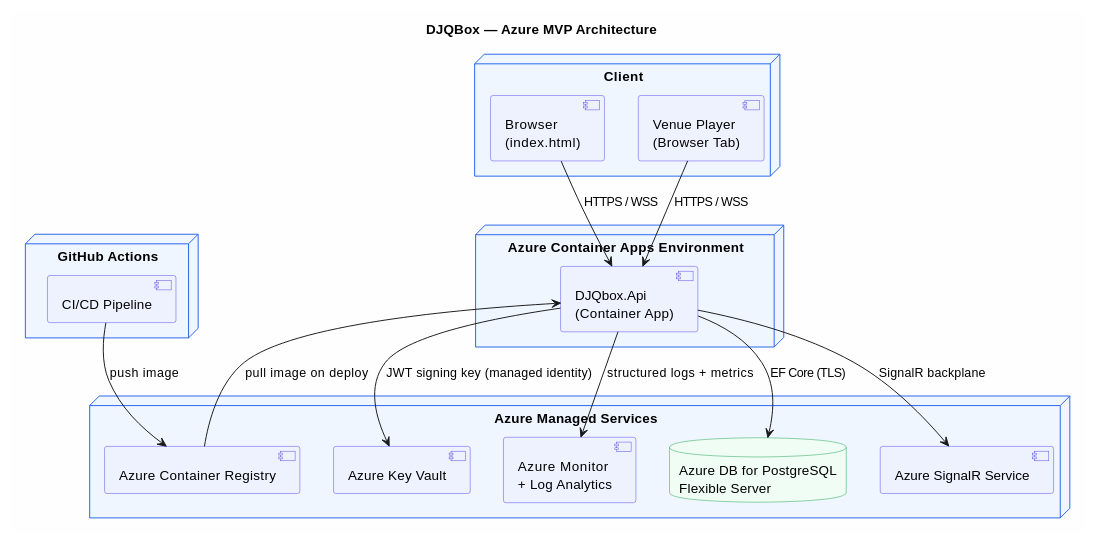
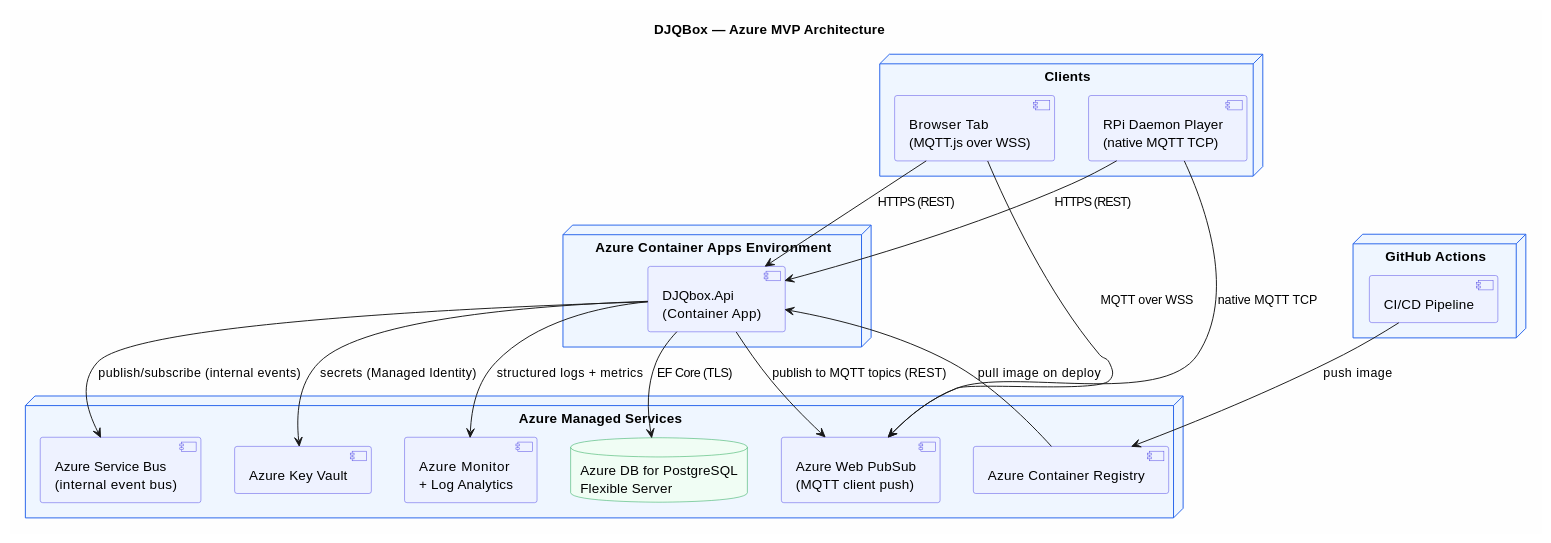
The diagram in docs/impl/MVP-azure-plan.md (sperfect/DjQbox), drawn with PlantUML before and after one commit. The commit also changed other lines of this file and 5 other files, not shown here.

First line of the commit message:
feat(infra): replace SignalR with Service Bus + Web PubSub MQTT

````diff
--- a/docs/impl/MVP-azure-plan.md
+++ b/docs/impl/MVP-azure-plan.md
@@ -46,48 +47,52 @@
 ```plantuml
 @startuml DJQBox-Azure-MVP
 skinparam backgroundColor #FEFEFE
 skinparam node {
   BackgroundColor #EFF6FF
   BorderColor #2563EB
 }
 skinparam component {
   BackgroundColor #EEF2FF
   BorderColor #4F46E5
 }
 skinparam database {
   BackgroundColor #F0FDF4
   BorderColor #16A34A
 }
 title DJQBox — Azure MVP Architecture
 
 node "Azure Container Apps Environment" as ACA {
   component "DJQbox.Api\n(Container App)" as API
 }
 
 node "Azure Managed Services" {
   database "Azure DB for PostgreSQL\nFlexible Server" as PG
-  component "Azure SignalR Service" as SIG
+  component "Azure Service Bus\n(internal event bus)" as SB
+  component "Azure Web PubSub\n(MQTT client push)" as WPS
   component "Azure Key Vault" as KV
   component "Azure Container Registry" as ACR
   component "Azure Monitor\n+ Log Analytics" as MON
 }
 
-node "Client" {
-  component "Browser\n(index.html)" as FE
-  component "Venue Player\n(Browser Tab)" as VP
+node "Clients" {
+  component "Browser Tab\n(MQTT.js over WSS)" as FE
+  component "RPi Daemon Player\n(native MQTT TCP)" as RPI
 }
 
 node "GitHub Actions" {
   component "CI/CD Pipeline" as CICD
 }
 
-FE --> API : HTTPS / WSS
-VP --> API : HTTPS / WSS
+FE --> API : HTTPS (REST)
+FE --> WPS : MQTT over WSS
+RPI --> WPS : native MQTT TCP
+RPI --> API : HTTPS (REST)
 API --> PG : EF Core (TLS)
-API --> SIG : SignalR backplane
-API --> KV : JWT signing key (managed identity)
+API --> SB : publish/subscribe (internal events)
+API --> WPS : publish to MQTT topics (REST)
+API --> KV : secrets (Managed Identity)
 API --> MON : structured logs + metrics
 CICD --> ACR : push image
 ACR --> API : pull image on deploy
 @enduml
 ```
````
